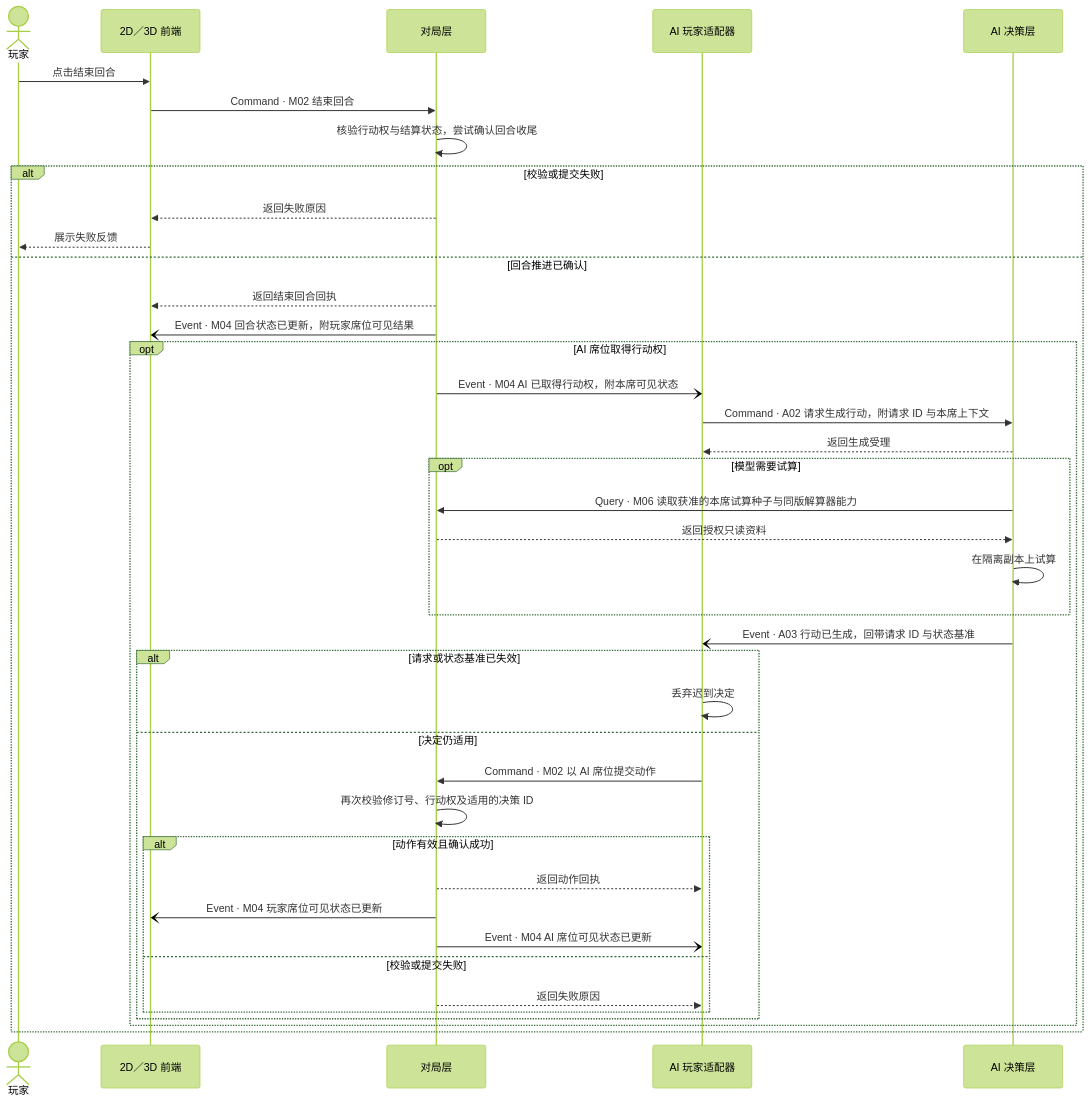
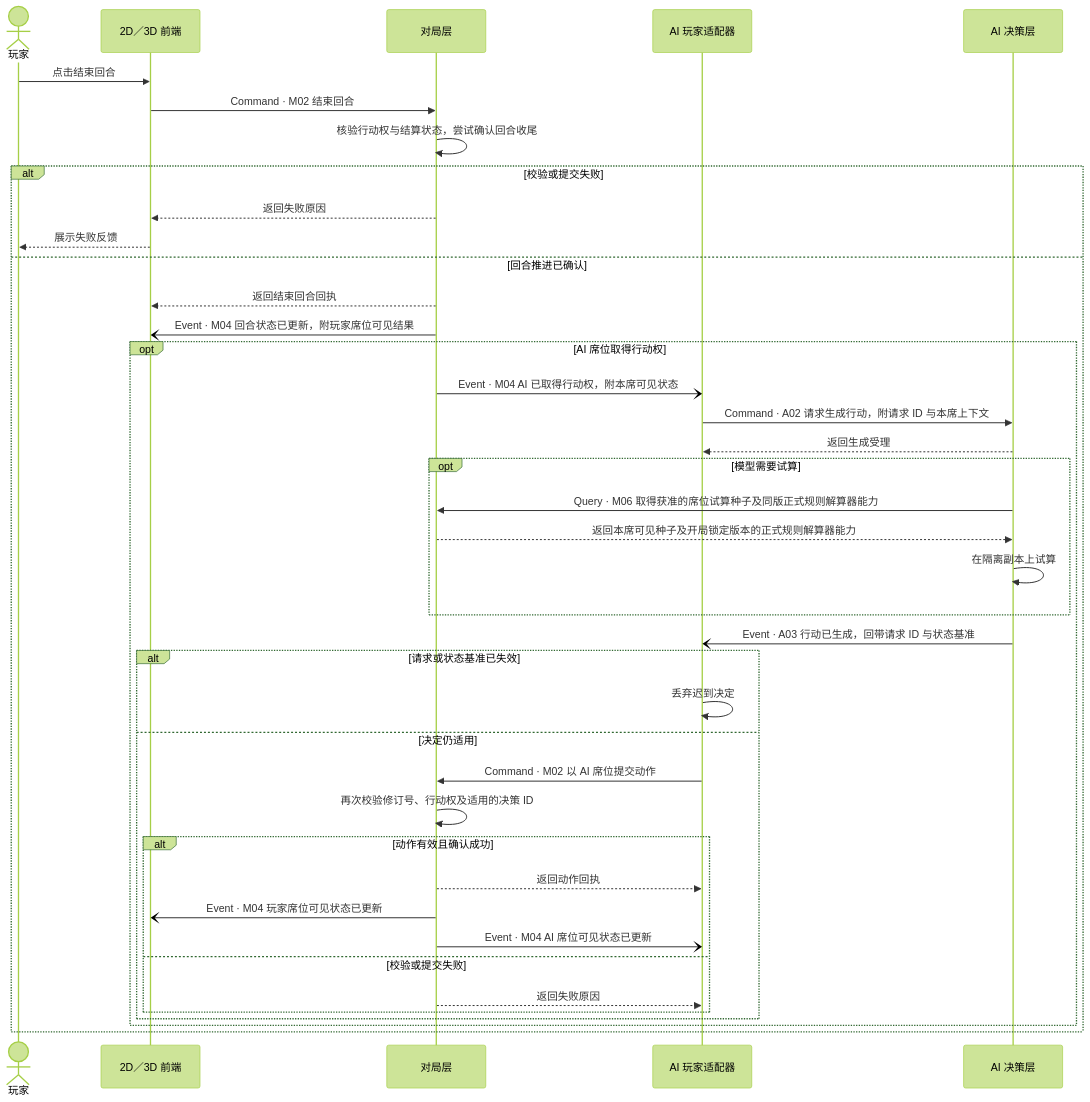
One commit to jigejiqiangshou/Critical-Provisional changed the eighth of 10 diagrams in specs/001-offline-game-refactor/contracts/scenario-sequences.md. Above: the diagram before and after it, drawn with Mermaid (forest theme). The commit also changed other lines of this file and 8 other files, not shown here.

````diff
--- a/specs/001-offline-game-refactor/contracts/scenario-sequences.md
+++ b/specs/001-offline-game-refactor/contracts/scenario-sequences.md
@@ -283,43 +288,43 @@
 ```mermaid
 sequenceDiagram
     actor P as 玩家
     participant F as 2D／3D 前端
     participant G as 对局层
     participant A as AI 玩家适配器
     participant M as AI 决策层
 
     P->>F: 点击结束回合
     F->>G: Command · M02 结束回合
     G->>G: 核验行动权与结算状态，尝试确认回合收尾
     alt 校验或提交失败
         G-->>F: 返回失败原因
         F-->>P: 展示失败反馈
     else 回合推进已确认
         G-->>F: 返回结束回合回执
         G-)F: Event · M04 回合状态已更新，附玩家席位可见结果
         opt AI 席位取得行动权
             G-)A: Event · M04 AI 已取得行动权，附本席可见状态
             A->>M: Command · A02 请求生成行动，附请求 ID 与本席上下文
             M-->>A: 返回生成受理
             opt 模型需要试算
-                M->>G: Query · M06 读取获准的本席试算种子与同版解算器能力
-                G-->>M: 返回授权只读资料
+                M->>G: Query · M06 取得获准的席位试算种子及同版正式规则解算器能力
+                G-->>M: 返回本席可见种子及开局锁定版本的正式规则解算器能力
                 M->>M: 在隔离副本上试算
             end
             M-)A: Event · A03 行动已生成，回带请求 ID 与状态基准
             alt 请求或状态基准已失效
                 A->>A: 丢弃迟到决定
             else 决定仍适用
                 A->>G: Command · M02 以 AI 席位提交动作
                 G->>G: 再次校验修订号、行动权及适用的决策 ID
                 alt 动作有效且确认成功
                     G-->>A: 返回动作回执
                     G-)F: Event · M04 玩家席位可见状态已更新
                     G-)A: Event · M04 AI 席位可见状态已更新
                 else 校验或提交失败
                     G-->>A: 返回失败原因
                 end
             end
         end
     end
 ```
````
